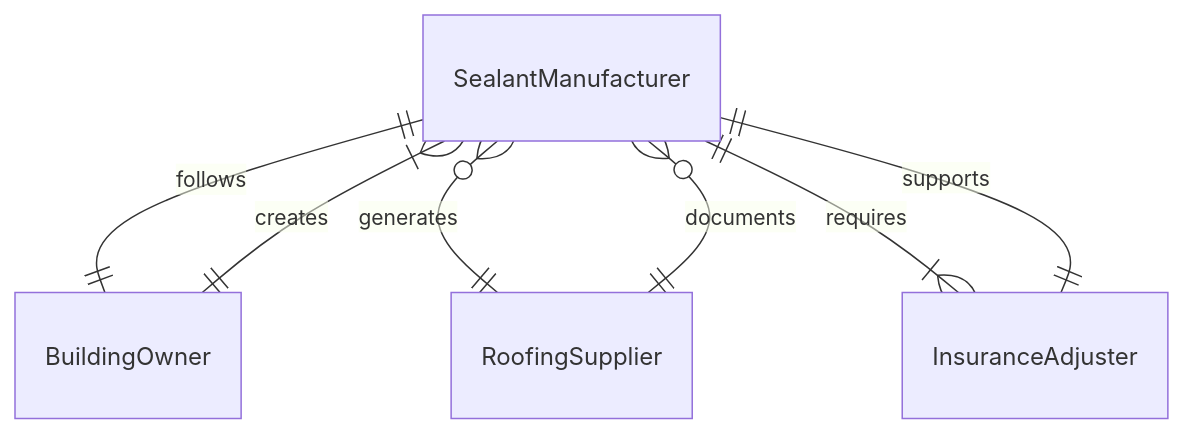
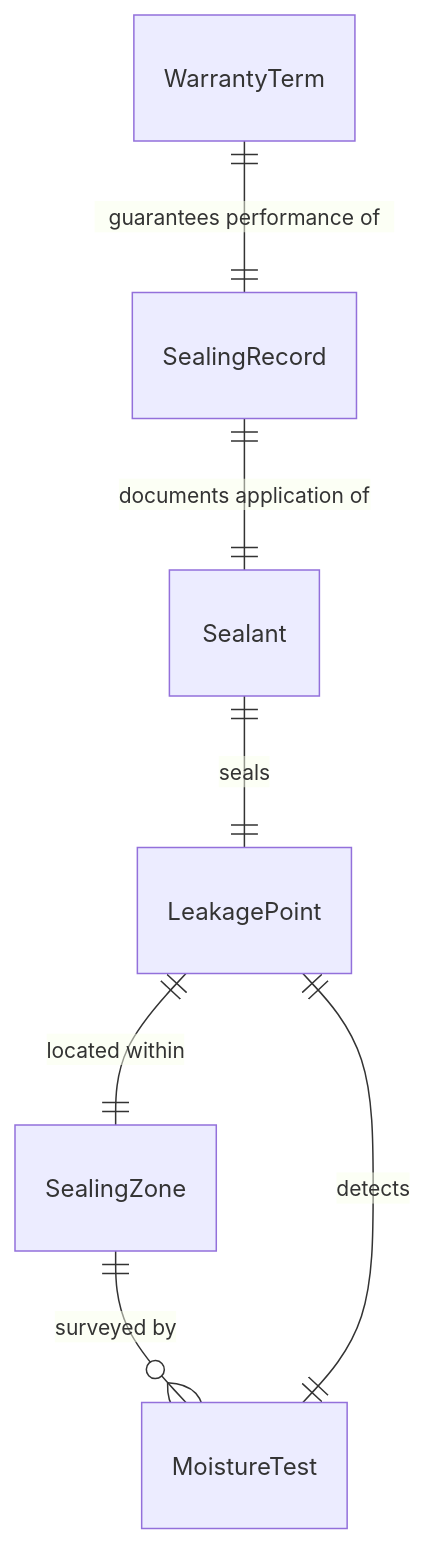
Before and after one commit to dot-org-ai/tasks.org.ai: the first of 4 diagrams in HandlingAndMovingObjects/ApplyMaterialsToFillGapsOrImperfections/SealGapsCracksPreventLeakage.mdx, drawn with Mermaid. The commit also changed other lines of this file and 40 other files, not shown here.

First line of the commit message:
fix: Replace Actor-based ER and State diagrams with Entity/Event-based diagrams in 41 HandlingAndMovingObjects DWA files

````diff
--- a/HandlingAndMovingObjects/ApplyMaterialsToFillGapsOrImperfections/SealGapsCracksPreventLeakage.mdx
+++ b/HandlingAndMovingObjects/ApplyMaterialsToFillGapsOrImperfections/SealGapsCracksPreventLeakage.mdx
@@ -85,9 +85,9 @@
 ```mermaid
 erDiagram
-    SealantManufacturer ||--|| BuildingOwner : follows
-    SealantManufacturer }o--|| RoofingSupplier : generates
-    SealantManufacturer ||--|{ InsuranceAdjuster : requires
-    BuildingOwner ||--|{ SealantManufacturer : creates
-    RoofingSupplier ||--o{ SealantManufacturer : documents
-    InsuranceAdjuster ||--|| SealantManufacturer : supports
+    LeakagePoint ||--|| SealingZone : "located within"
+    Sealant ||--|| LeakagePoint : "seals"
+    MoistureTest ||--|| LeakagePoint : "detects"
+    SealingRecord ||--|| Sealant : "documents application of"
+    WarrantyTerm ||--|| SealingRecord : "guarantees performance of"
+    SealingZone ||--o{ MoistureTest : "surveyed by"
 ```
````
